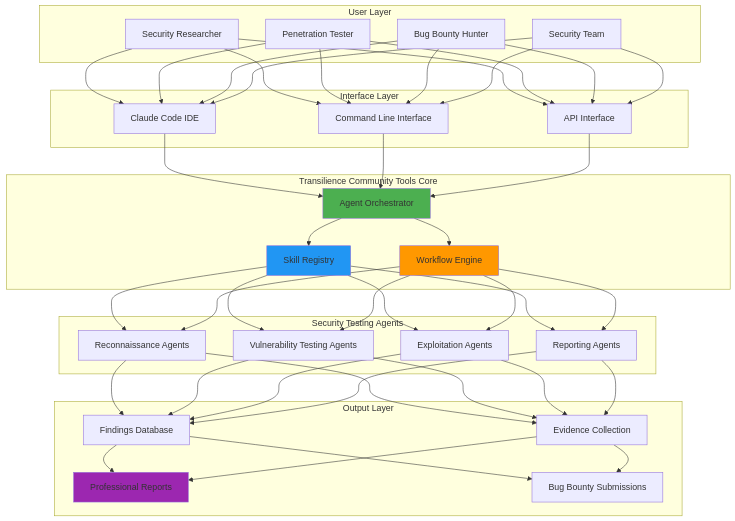
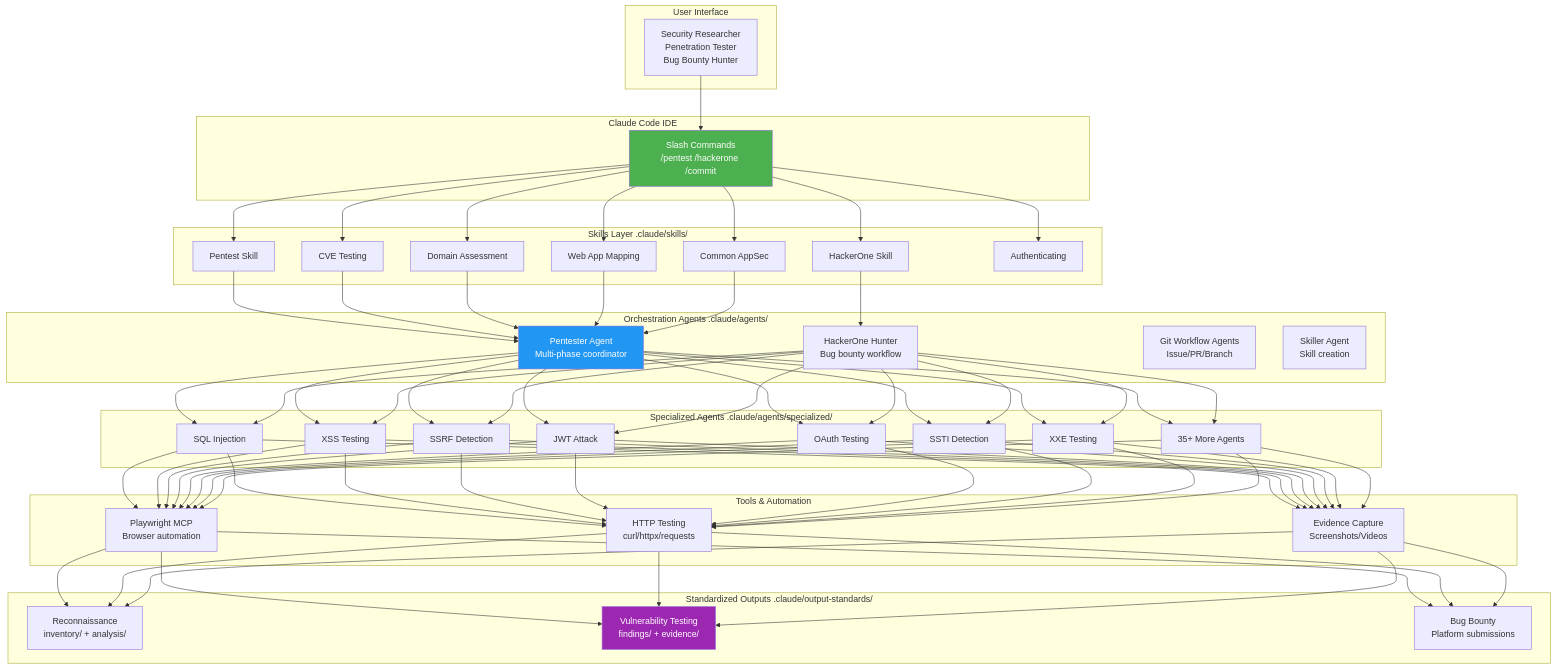
Before and after one commit to l0h1nth/communitytools: the first of 5 diagrams in README.md, drawn with Mermaid. The commit also changed other lines of this file and 7 other files, not shown here.

````diff
--- a/README.md
+++ b/README.md
@@ -57,48 +70,63 @@
 ```mermaid
 graph TB
-    subgraph "User Layer"
-        A[Security Researcher]
-        B[Penetration Tester]
-        C[Bug Bounty Hunter]
-        D[Security Team]
+    subgraph "User Interface"
+        A[Security Researcher<br/>Penetration Tester<br/>Bug Bounty Hunter]
     end
-    
-    subgraph "Interface Layer"
-        E[Claude Code IDE]
-        F[Command Line Interface]
-        G[API Interface]
+
+    subgraph "Claude Code IDE"
+        B[Slash Commands<br/>/pentest /hackerone /commit]
     end
-    
-    subgraph "Transilience Community Tools Core"
-        H[Agent Orchestrator]
-        I[Skill Registry]
-        J[Workflow Engine]
+
+    subgraph "Skills Layer .claude/skills/"
+        C1[Pentest Skill]
+        C2[HackerOne Skill]
+        C3[CVE Testing]
+        C4[Domain Assessment]
+        C5[Web App Mapping]
+        C6[Common AppSec]
+        C7[Authenticating]
     end
-    
-    subgraph "Security Testing Agents"
-        K[Reconnaissance Agents]
-        L[Vulnerability Testing Agents]
-        M[Exploitation Agents]
-        N[Reporting Agents]
+
+    subgraph "Orchestration Agents .claude/agents/"
+        D1[Pentester Agent<br/>Multi-phase coordinator]
+        D2[HackerOne Hunter<br/>Bug bounty workflow]
+        D3[Git Workflow Agents<br/>Issue/PR/Branch]
+        D4[Skiller Agent<br/>Skill creation]
     end
-    
-    subgraph "Output Layer"
-        O[Findings Database]
-        P[Evidence Collection]
-        Q[Professional Reports]
-        R[Bug Bounty Submissions]
+
+    subgraph "Specialized Agents .claude/agents/specialized/"
+        E1[SQL Injection]
+        E2[XSS Testing]
+        E3[SSRF Detection]
+        E4[JWT Attack]
+        E5[OAuth Testing]
+        E6[SSTI Detection]
+        E7[XXE Testing]
+        E8[35+ More Agents]
     end
-    
-    A & B & C & D --> E & F & G
-    E & F & G --> H
-    H --> I & J
-    I --> K & L & M & N
-    J --> K & L & M & N
-    K & L & M & N --> O & P
-    O & P --> Q & R
-    
-    style H fill:#4CAF50
-    style I fill:#2196F3
-    style J fill:#FF9800
-    style Q fill:#9C27B0
+
+    subgraph "Tools & Automation"
+        F1[Playwright MCP<br/>Browser automation]
+        F2[HTTP Testing<br/>curl/httpx/requests]
+        F3[Evidence Capture<br/>Screenshots/Videos]
+    end
+
+    subgraph "Standardized Outputs .claude/output-standards/"
+        G1[Reconnaissance<br/>inventory/ + analysis/]
+        G2[Vulnerability Testing<br/>findings/ + evidence/]
+        G3[Bug Bounty<br/>Platform submissions]
+    end
+
+    A --> B
+    B --> C1 & C2 & C3 & C4 & C5 & C6 & C7
+    C1 --> D1
+    C2 --> D2
+    C3 & C4 & C5 & C6 --> D1
+    D1 & D2 --> E1 & E2 & E3 & E4 & E5 & E6 & E7 & E8
+    E1 & E2 & E3 & E4 & E5 & E6 & E7 & E8 --> F1 & F2 & F3
+    F1 & F2 & F3 --> G1 & G2 & G3
+
+    style B fill:#4CAF50,color:#fff
+    style D1 fill:#2196F3,color:#fff
+    style G2 fill:#9C27B0,color:#fff
 ```
````
